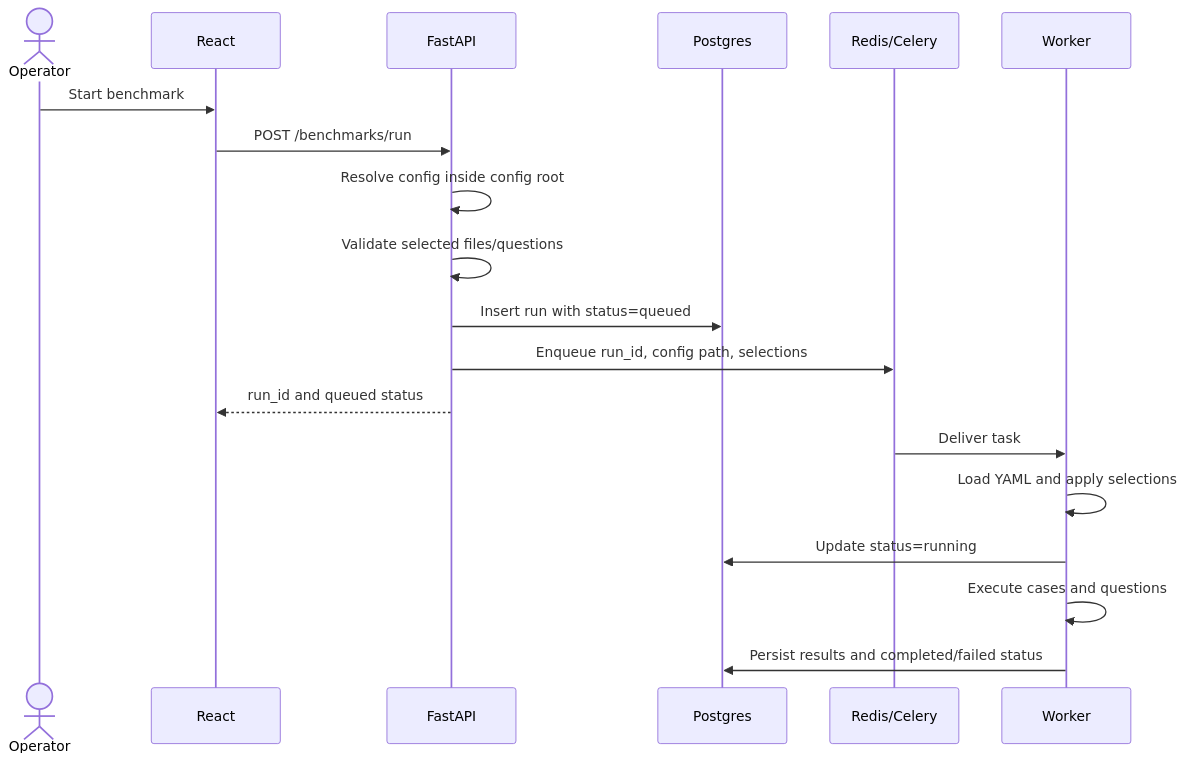
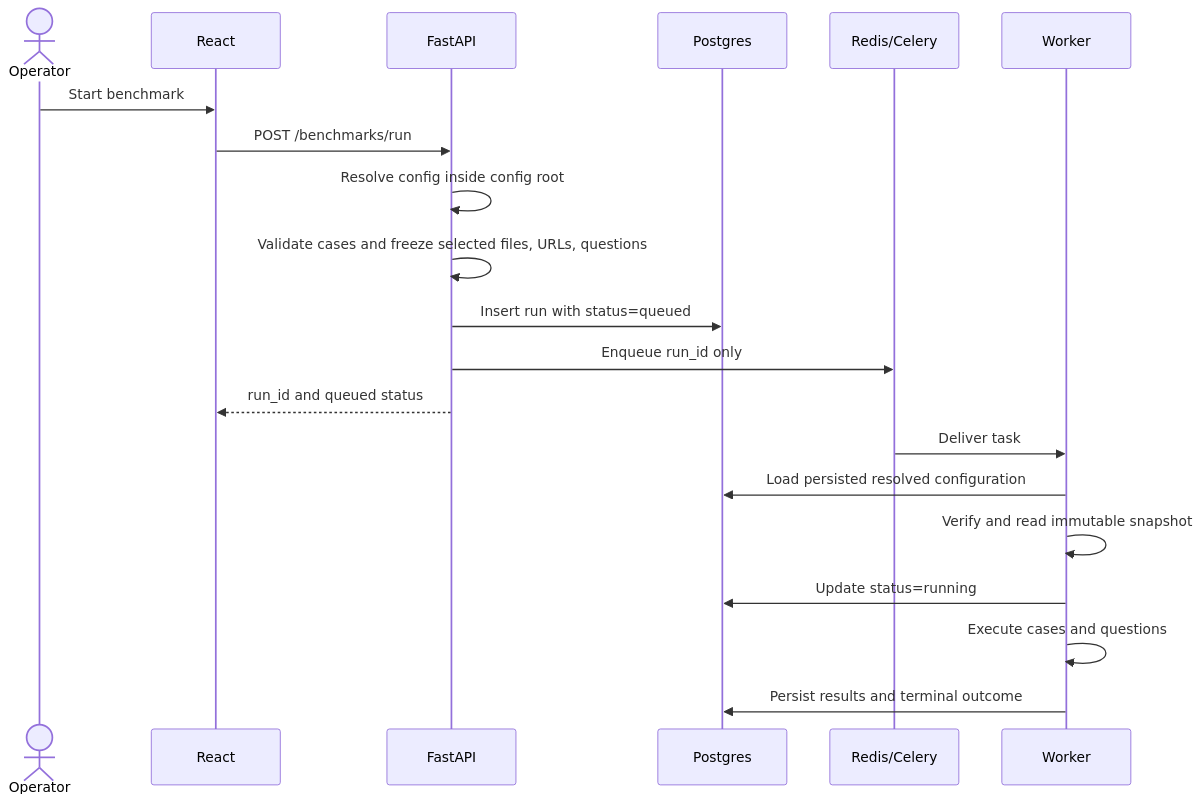
One commit to icpinto/RAG-benchmark changed the second of 4 diagrams in docs/platform-flow.md. Above: the diagram before and after it, drawn with Mermaid. The commit also changed other lines of this file and 30 other files, not shown here.

````diff
--- a/docs/platform-flow.md
+++ b/docs/platform-flow.md
@@ -91,22 +91,23 @@
 ```mermaid
 sequenceDiagram
     actor O as Operator
     participant U as React
     participant A as FastAPI
     participant P as Postgres
     participant R as Redis/Celery
     participant W as Worker
 
     O->>U: Start benchmark
     U->>A: POST /benchmarks/run
     A->>A: Resolve config inside config root
-    A->>A: Validate selected files/questions
+    A->>A: Validate cases and freeze selected files, URLs, questions
     A->>P: Insert run with status=queued
-    A->>R: Enqueue run_id, config path, selections
+    A->>R: Enqueue run_id only
     A-->>U: run_id and queued status
     R->>W: Deliver task
-    W->>W: Load YAML and apply selections
+    W->>P: Load persisted resolved configuration
+    W->>W: Verify and read immutable snapshot
     W->>P: Update status=running
     W->>W: Execute cases and questions
-    W->>P: Persist results and completed/failed status
+    W->>P: Persist results and terminal outcome
 ```
````
